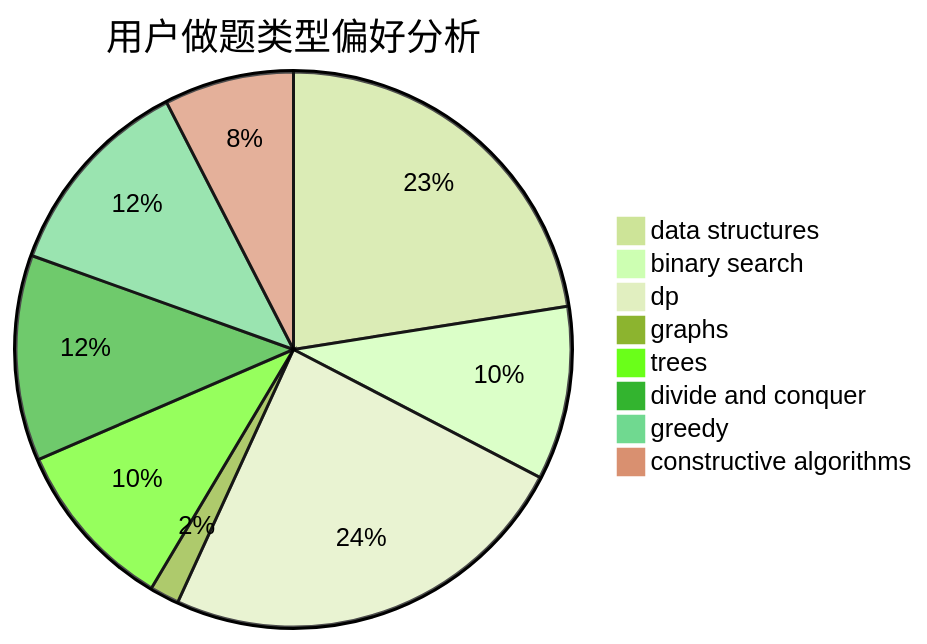
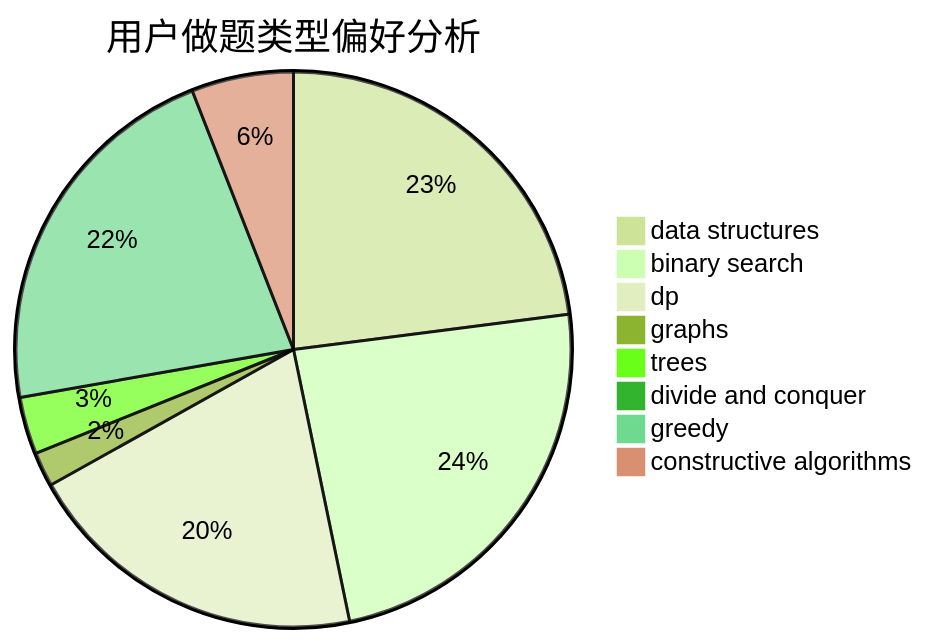
Before and after one commit to sherpahu/cfrs.github.io: the second of 3 diagrams in docs/user/u614.md, drawn with Mermaid (forest theme). The commit also changed other lines of this file and 2770 other files, not shown here.

````diff
--- a/docs/user/u614.md
+++ b/docs/user/u614.md
@@ -23,11 +23,11 @@
 ```mermaid
 pie title 用户做题类型偏好分析
-    "data structures" :  158
-    "binary search" :  71
-    "dp" :  170
-    "graphs" :  12
-    "trees" :  70
-    "divide and conquer" :  84
-    "greedy" :  84
-    "constructive algorithms" :  53
+    "data structures" :  503
+    "binary search" :  521
+    "dp" :  441
+    "graphs" :  44
+    "trees" :  73
+    "divide and conquer" :  0
+    "greedy" :  478
+    "constructive algorithms" :  130
 ```
````
